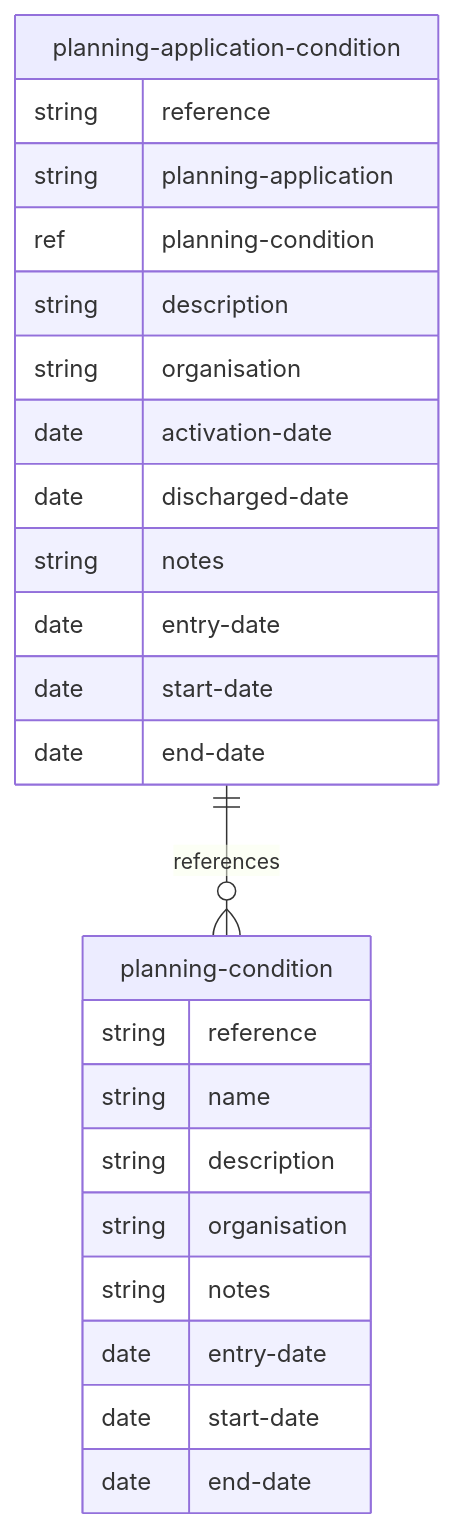
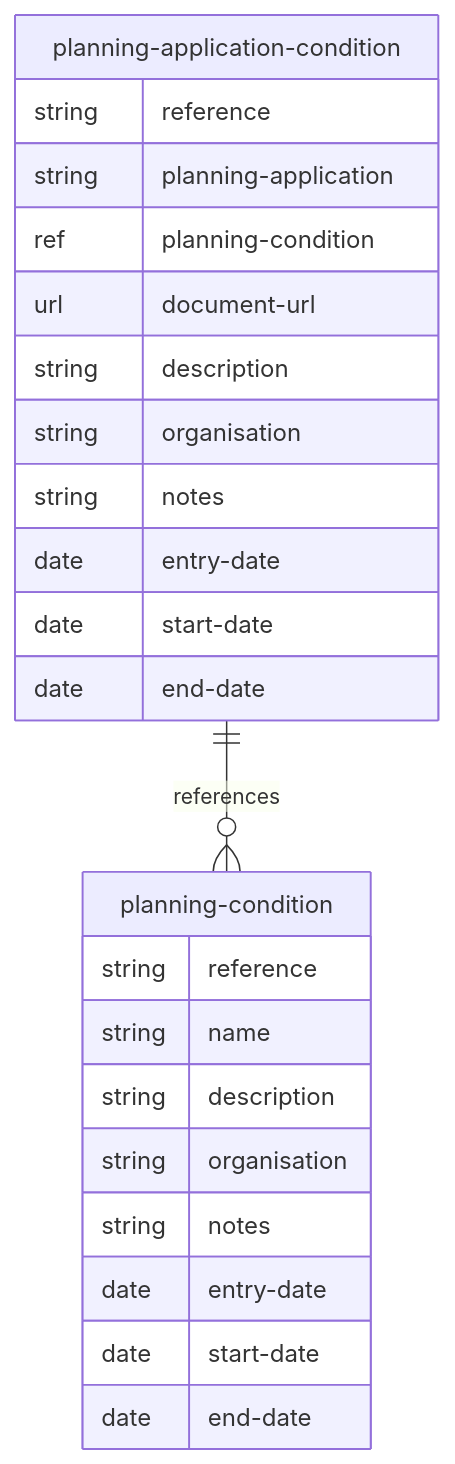
The diagram in docs/mermaid/planning-condition.md (digital-land/specification), drawn with Mermaid before and after one commit. The commit also changed 54 other files, not shown here.

````diff
--- a/docs/mermaid/planning-condition.md
+++ b/docs/mermaid/planning-condition.md
@@ -4,27 +4,26 @@
 ```mermaid
 erDiagram
     planning-condition {
         string reference
         string name
         string description
         string organisation
         string notes
         date entry-date
         date start-date
         date end-date
     }
     planning-application-condition {
         string reference
         string planning-application
         ref planning-condition
+        url document-url
         string description
         string organisation
-        date activation-date
-        date discharged-date
         string notes
         date entry-date
         date start-date
         date end-date
     }
     planning-application-condition ||--o{ planning-condition : references
 ```
````
